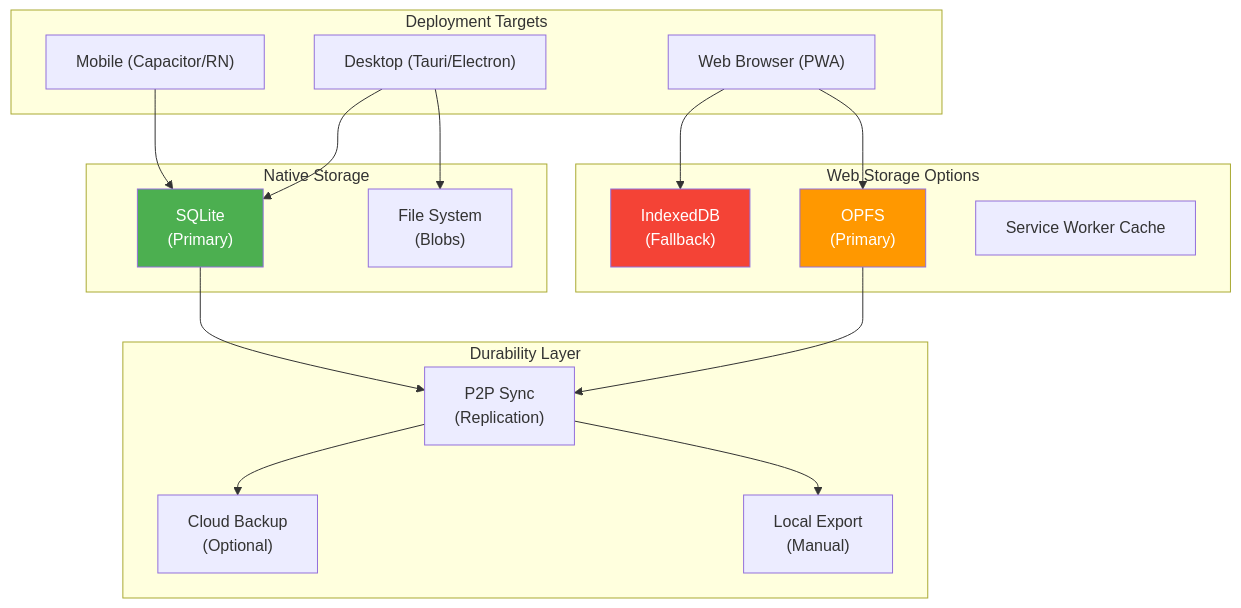
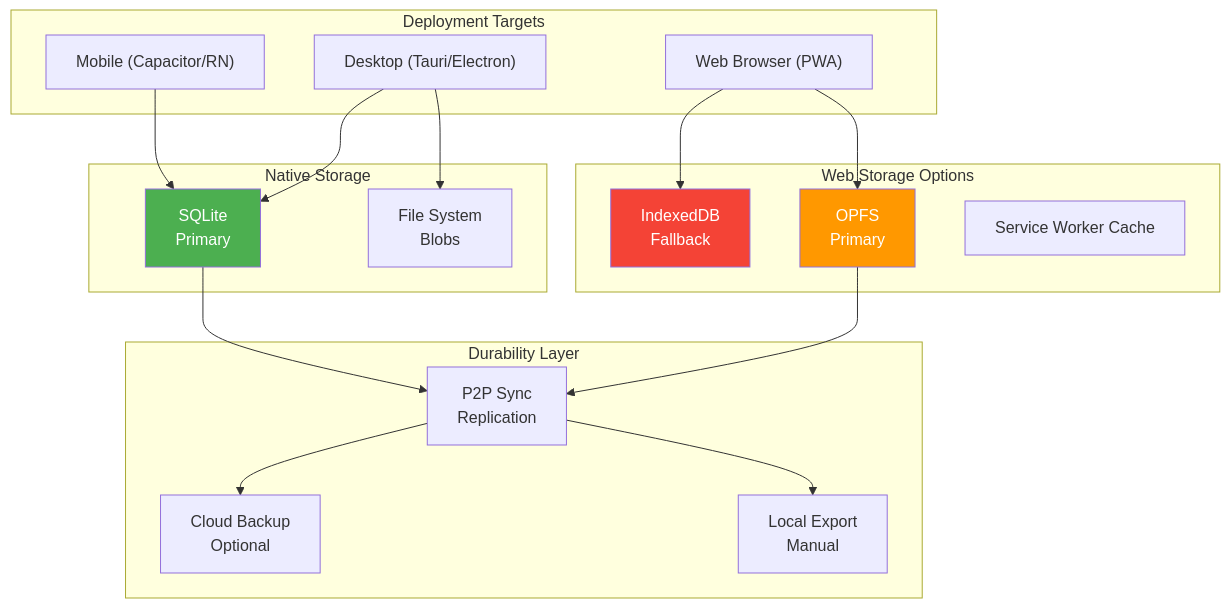
One commit to crs48/xNet changed the second of 4 diagrams in docs/explorations/PERSISTENCE_ARCHITECTURE.md. Above: the diagram before and after it, drawn with Mermaid. The commit also changed 21 other files, not shown here.

First line of the commit message:
Fix Mermaid parse errors: remove parentheses in flowchart node labels after <br/> tags

````diff
--- a/docs/explorations/PERSISTENCE_ARCHITECTURE.md
+++ b/docs/explorations/PERSISTENCE_ARCHITECTURE.md
@@ -49,40 +49,40 @@
 ```mermaid
 flowchart TB
     subgraph Platforms["Deployment Targets"]
         Web["Web Browser (PWA)"]
         Desktop["Desktop (Tauri/Electron)"]
         Mobile["Mobile (Capacitor/RN)"]
     end
 
     subgraph WebStorage["Web Storage Options"]
-        IDB["IndexedDB<br/>(Fallback)"]
-        OPFS["OPFS<br/>(Primary)"]
+        IDB["IndexedDB<br/>Fallback"]
+        OPFS["OPFS<br/>Primary"]
         ServiceWorker["Service Worker Cache"]
     end
 
     subgraph NativeStorage["Native Storage"]
-        SQLite["SQLite<br/>(Primary)"]
-        FileSystem["File System<br/>(Blobs)"]
+        SQLite["SQLite<br/>Primary"]
+        FileSystem["File System<br/>Blobs"]
     end
 
     subgraph Sync["Durability Layer"]
-        P2PSync["P2P Sync<br/>(Replication)"]
-        CloudBackup["Cloud Backup<br/>(Optional)"]
-        LocalBackup["Local Export<br/>(Manual)"]
+        P2PSync["P2P Sync<br/>Replication"]
+        CloudBackup["Cloud Backup<br/>Optional"]
+        LocalBackup["Local Export<br/>Manual"]
     end
 
     Web --> OPFS
     Web --> IDB
     Desktop --> SQLite
     Desktop --> FileSystem
     Mobile --> SQLite
 
     OPFS --> P2PSync
     SQLite --> P2PSync
     P2PSync --> CloudBackup
     P2PSync --> LocalBackup
 
     style SQLite fill:#4caf50,color:#fff
     style OPFS fill:#ff9800,color:#fff
     style IDB fill:#f44336,color:#fff
 ```
````
